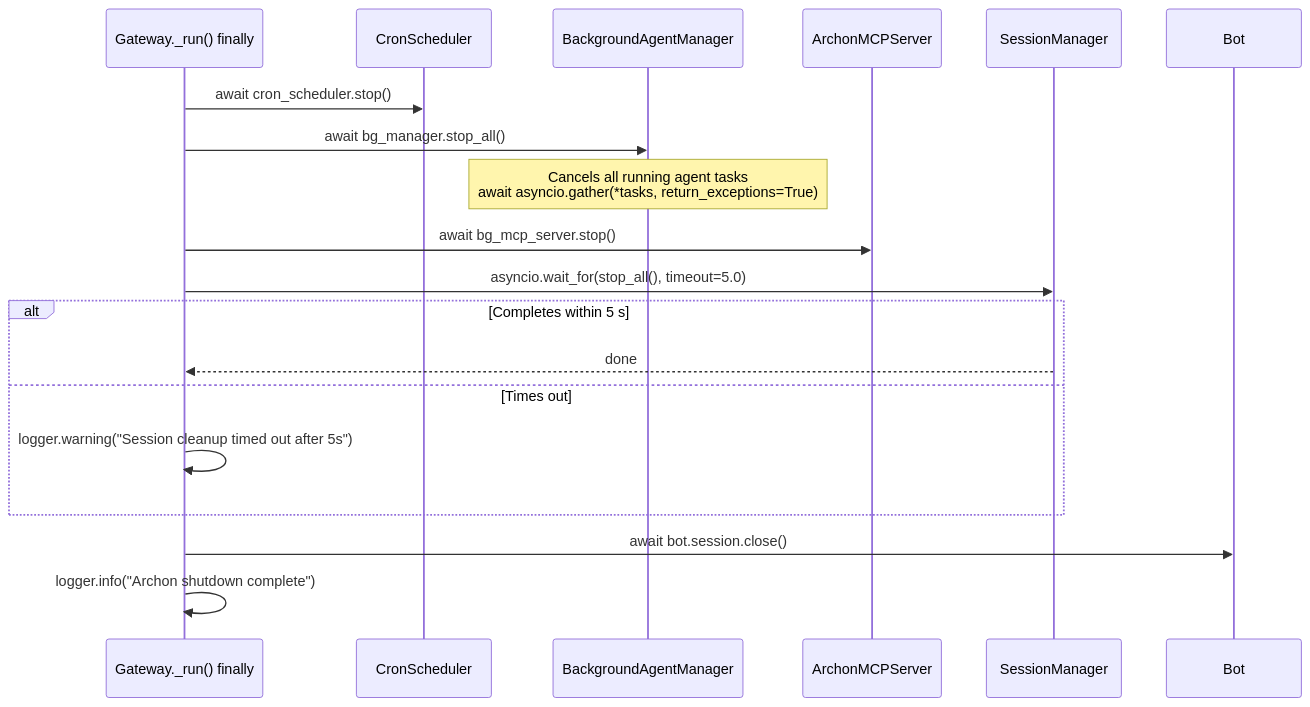
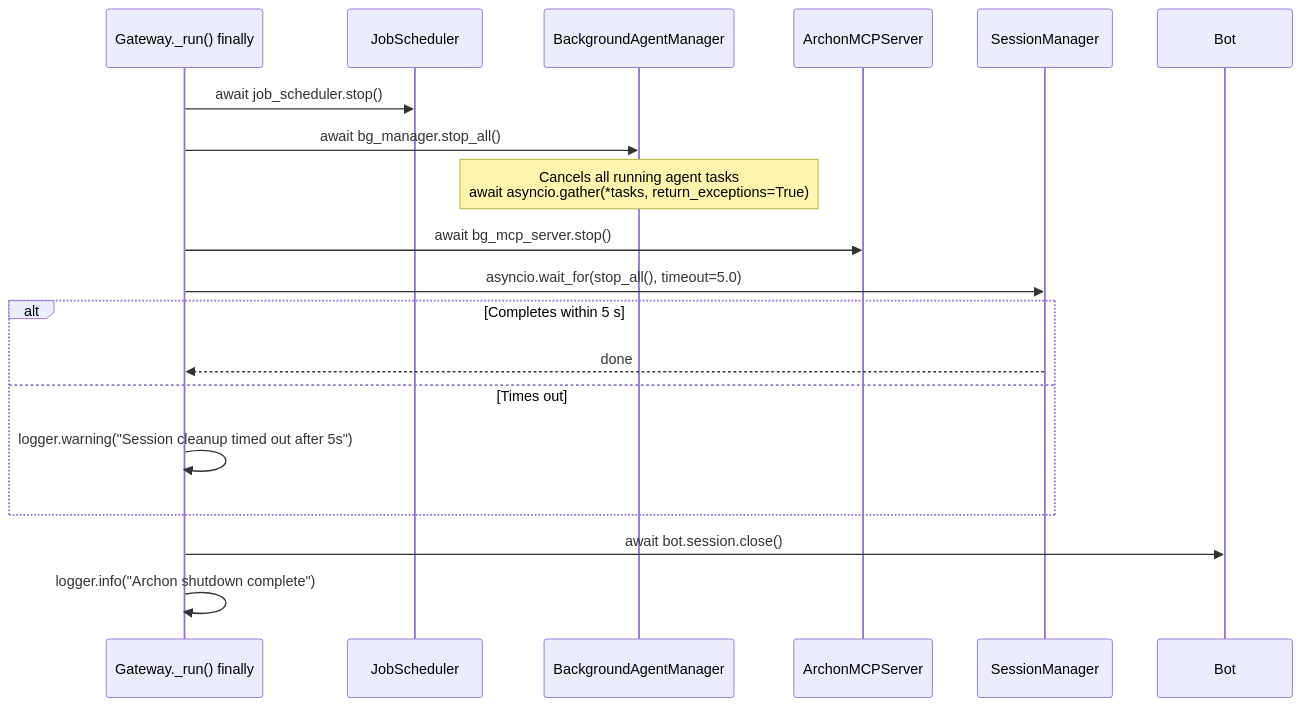
Before and after one commit to user538295/archon-assistant: the second of 2 diagrams in Documentation/Architecture/140_error_handling_strategy.md, drawn with Mermaid. The commit also changed other lines of this file and 40 other files, not shown here.

````diff
--- a/Documentation/Architecture/140_error_handling_strategy.md
+++ b/Documentation/Architecture/140_error_handling_strategy.md
@@ -237,22 +237,22 @@
 ```mermaid
 sequenceDiagram
     participant G as Gateway._run() finally
-    participant CS as CronScheduler
+    participant CS as JobScheduler
     participant BM as BackgroundAgentManager
     participant MS as ArchonMCPServer
     participant SM as SessionManager
     participant B as Bot
 
-    G->>CS: await cron_scheduler.stop()
+    G->>CS: await job_scheduler.stop()
     G->>BM: await bg_manager.stop_all()
     Note over BM: Cancels all running agent tasks<br/>await asyncio.gather(*tasks, return_exceptions=True)
     G->>MS: await bg_mcp_server.stop()
     G->>SM: asyncio.wait_for(stop_all(), timeout=5.0)
     alt Completes within 5 s
         SM-->>G: done
     else Times out
         G->>G: logger.warning("Session cleanup timed out after 5s")
     end
     G->>B: await bot.session.close()
     G->>G: logger.info("Archon shutdown complete")
 ```
````
